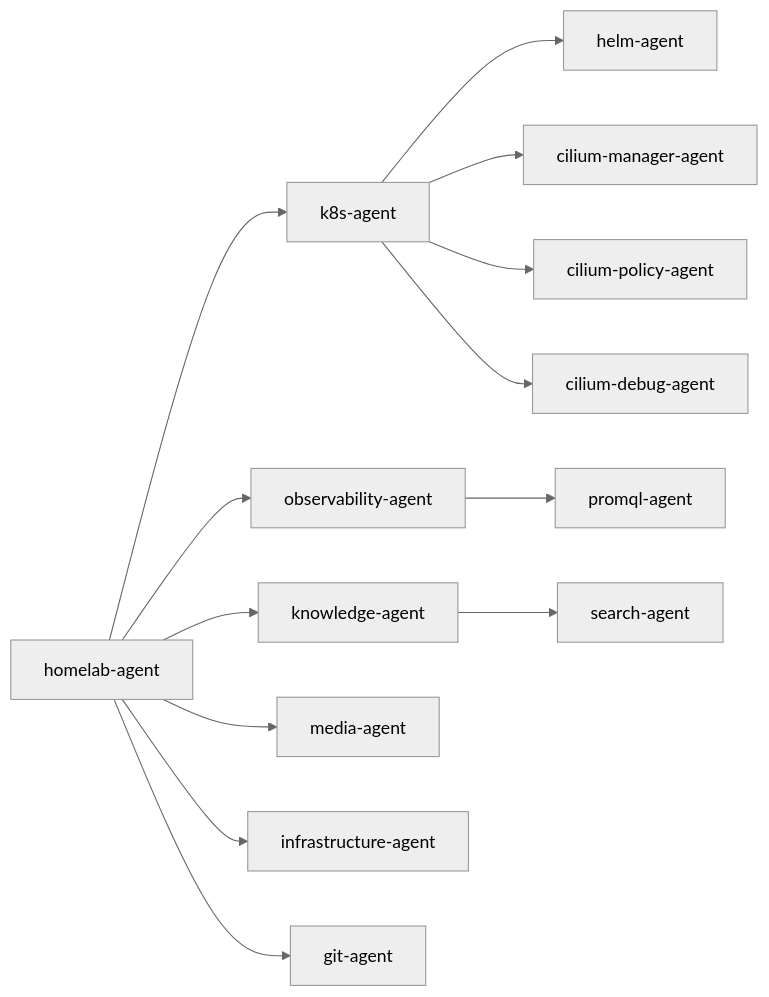
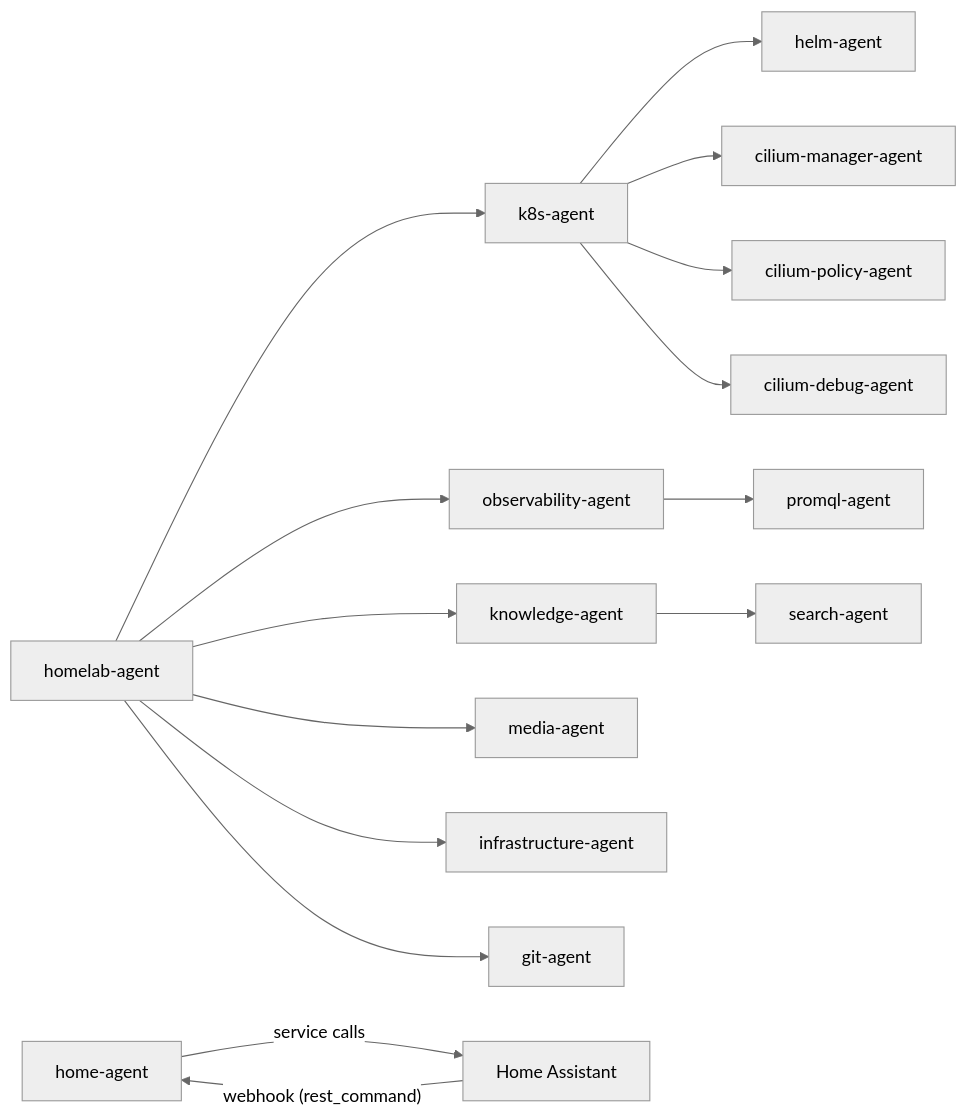
One commit to Apocrathia/homelab changed the diagram in flux/manifests/04-apps/artificial-intelligence/agents/README.md. Above: the diagram before and after it, drawn with Mermaid (neutral theme). The commit also changed other lines of this file and 12 other files, not shown here.

Commit message:
feat(agents): add home-agent for Home Assistant automation Deploy home-agent in agent-home with HA and Grafana MCP tools, a rest_command webhook bridge, and kagent UI integration via LiteLLM.

````diff
--- a/flux/manifests/04-apps/artificial-intelligence/agents/README.md
+++ b/flux/manifests/04-apps/artificial-intelligence/agents/README.md
@@ -36,31 +37,36 @@
 ```mermaid
 flowchart LR
     H[homelab-agent]
     K8S[k8s-agent]
     HELM[helm-agent]
     CILIUM_MGR[cilium-manager-agent]
     OBS[observability-agent]
     PROMQL[promql-agent]
     KNOW[knowledge-agent]
     SEARCH[search-agent]
     MEDIA[media-agent]
     INFRA[infrastructure-agent]
     GIT[git-agent]
     CILIUM_POLICY[cilium-policy-agent]
     CILIUM_DEBUG[cilium-debug-agent]
+    HOME[home-agent]
+    HA[Home Assistant]
 
     H --> K8S
     H --> OBS
     H --> MEDIA
     H --> INFRA
     H --> GIT
     H --> KNOW
 
     K8S --> HELM
     K8S --> CILIUM_MGR
     K8S --> CILIUM_POLICY
     K8S --> CILIUM_DEBUG
 
     KNOW --> SEARCH
     OBS --> PROMQL
+
+    HA -->|"webhook (rest_command)"| HOME
+    HOME -->|"service calls"| HA
 ```
````
